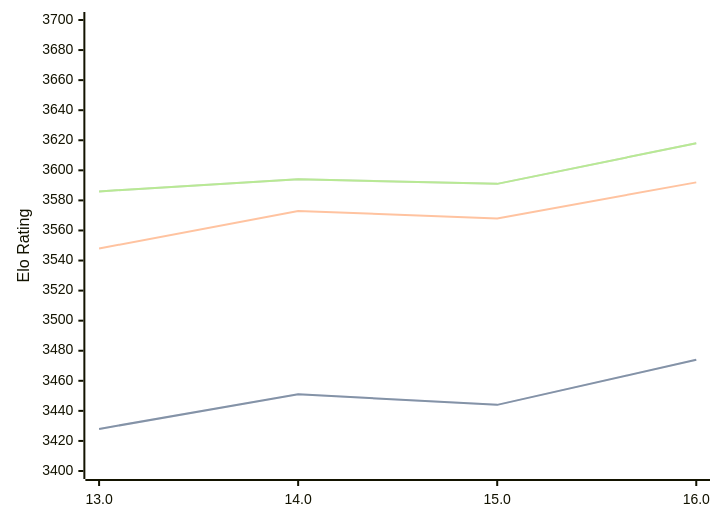
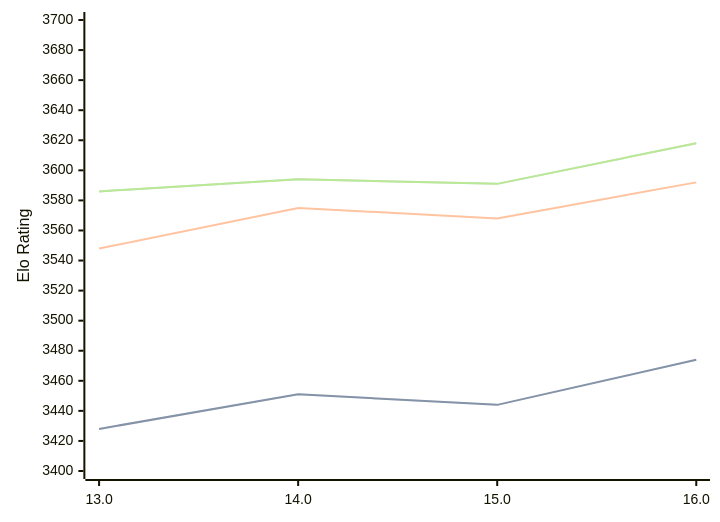
The diagram in engines/Obsidian.md (computer-chess-index/cci), drawn with Mermaid before and after one commit. The commit also changed other lines of this file, not shown here.

````diff
--- a/engines/Obsidian.md
+++ b/engines/Obsidian.md
@@ -43,11 +43,11 @@
 ```mermaid
 %%{init: {"theme":"base","themeVariables":{"seriesColors:['#a3a3a3','#222221','#faa371']}}}%%
 xychart-beta
   x-axis ["13.0", "14.0", "15.0", "16.0"]
   y-axis "Elo Rating" 3400 --> 3700
   line "STC (8.0+0.08s)" [3428, 3451, 3444, 3474]
   line "STC (8.0+0.08s)" [3428, 3451, 3444, 3474]
-  line "LTC (60.0+0.60s)" [3548, 3573, 3568, 3592]
+  line "LTC (60.0+0.60s)" [3548, 3575, 3568, 3592]
   line "VLTC (2m24s+1.12s)" [3586, 3594, 3591, 3618]
   line "VLTC (2m24s+1.12s)" [3586, 3594, 3591, 3618]
 ```
````
